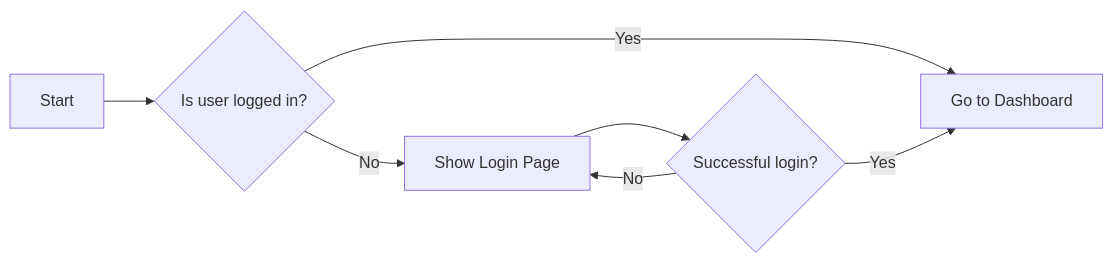
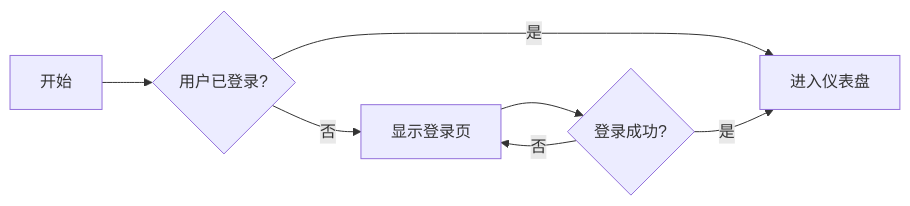
One commit to hnsylzg/notemark changed the diagram in sample.md. Above: the diagram before and after it, drawn with Mermaid. The commit also changed other lines of this file and 1 other file, not shown here.

````diff
--- a/sample.md
+++ b/sample.md
@@ -137,9 +133,9 @@
 ```mermaid
 graph LR;
-    A[Start] --> B{Is user logged in?};
-    B -- Yes --> C[Go to Dashboard];
-    B -- No --> D[Show Login Page];
-    D --> E{Successful login?};
-    E -- Yes --> C;
-    E -- No --> D;
+    A[开始] --> B{用户已登录?};
+    B -- 是 --> C[进入仪表盘];
+    B -- 否 --> D[显示登录页];
+    D --> E{登录成功?};
+    E -- 是 --> C;
+    E -- 否 --> D;
 ```
````
